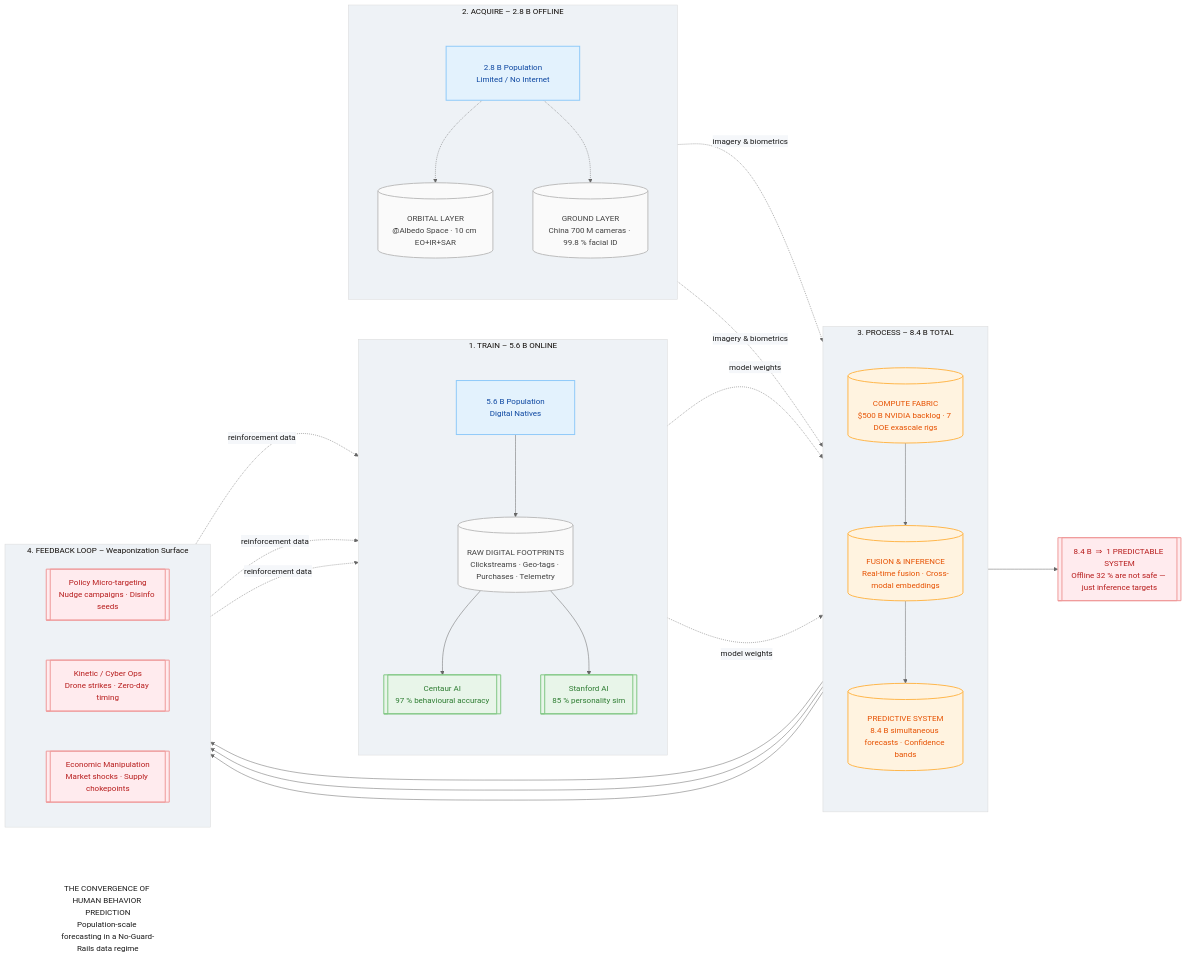
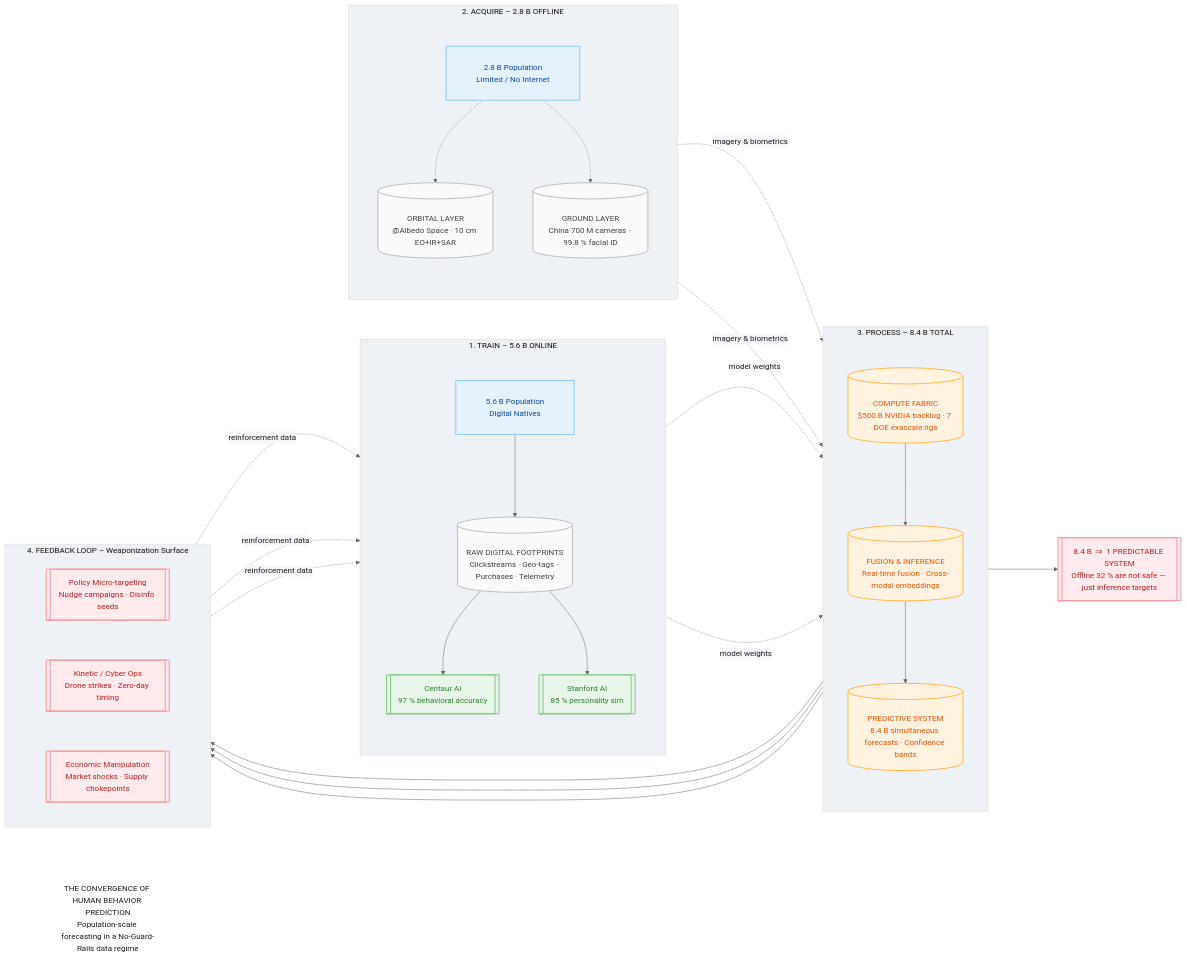
One commit to codethor0/human-behaviour-convergence changed the diagram in diagram/behaviour-convergence.mmd. Above: the diagram before and after it, drawn with Mermaid. The commit also changed 63 other files, not shown here.

```diff
--- a/diagram/behaviour-convergence.mmd
+++ b/diagram/behaviour-convergence.mmd
@@ -1,122 +1,122 @@
 %% ---------- THEME: CLEAN / MODERN ----------
 %%{ init: {
   "fontFamily": "Inter, Roboto, Helvetica, Arial, sans-serif",
   "fontSize": "14px",
   "theme": "base",
   "themeVariables": {
     "primaryColor": "#ffffff",
     "primaryTextColor": "#1a1a1a",
     "primaryBorderColor": "#d0d0d0",
     "lineColor": "#666666",
     "secondaryColor": "#f5f7fa",
     "tertiaryColor": "#eef2f6"
   },
   "flowchart": {
     "nodeSpacing": 80,
     "rankSpacing": 140,
     "curve": "basis",
     "padding": 30,
     "useMaxWidth": true
   }
 } }%%
 
 %% ---------- DIAGRAM ----------
 flowchart LR
     %% ================================================================
     %% 0. TITLE
     %% ================================================================
     TITLE["THE CONVERGENCE OF HUMAN BEHAVIOR PREDICTION
 Population-scale forecasting in a No-Guard-Rails data regime"]
 
     %% ================================================================
     %% 1. TRAIN  (5.6 B ONLINE)
     %% ================================================================
     subgraph TRAIN["1. TRAIN  –  5.6 B ONLINE"]
         direction TB
         A["5.6 B Population\nDigital Natives"]
         B[("RAW DIGITAL FOOTPRINTS
 Clickstreams · Geo-tags · Purchases · Telemetry")]
         C[["Centaur AI
-97 % behavioural accuracy"]]
+97 % behavioral accuracy"]]
         D[["Stanford AI
 85 % personality sim"]]
         A --> B --> C & D
     end
 
     %% ================================================================
     %% 2. ACQUIRE  (2.8 B OFFLINE)
     %% ================================================================
     subgraph ACQUIRE["2. ACQUIRE  –  2.8 B OFFLINE"]
         direction TB
         E["2.8 B Population
 Limited / No Internet"]
         F[("ORBITAL LAYER
 @Albedo Space · 10 cm EO+IR+SAR")]
         G[("GROUND LAYER
 China 700 M cameras · 99.8 % facial ID")]
         E -.-> F
         E -.-> G
     end
 
     %% ================================================================
     %% 3. PROCESS  (8.4 B TOTAL)
     %% ================================================================
     subgraph PROCESS["3. PROCESS  –  8.4 B TOTAL"]
         direction TB
         H[("COMPUTE FABRIC
 $500 B NVIDIA backlog · 7 DOE exascale rigs")]
         I[("FUSION & INFERENCE
 Real-time fusion · Cross-modal embeddings")]
         J[("PREDICTIVE SYSTEM
 8.4 B simultaneous forecasts · Confidence bands")]
         H --> I --> J
     end
 
     %% ================================================================
     %% 4. FEEDBACK
     %% ================================================================
     subgraph FEEDBACK["4. FEEDBACK LOOP  –  Weaponization Surface"]
         direction LR
         K[["Policy Micro-targeting
 Nudge campaigns · Disinfo seeds"]]
         L[["Kinetic / Cyber Ops
 Drone strikes · Zero-day timing"]]
         M[["Economic Manipulation
 Market shocks · Supply chokepoints"]]
     end
 
     %% ================================================================
     %% 5. TAGLINE
     %% ================================================================
     TAG[[8.4 B  ⇒  1 PREDICTABLE SYSTEM
 Offline 32 % are not safe — just inference targets]]
 
     %% ================================================================
     %% EDGES
     %% ================================================================
     C & D -.->|model weights| H
     F & G -.->|imagery & biometrics| H
     J --> K & L & M
     K & L & M -.->|reinforcement data| B
     J --> TAG
 
     %% ================================================================
     %% STYLES
     %% ================================================================
     classDef title     fill:#ffffff,stroke:#ffffff,stroke-width:0,color:#1a1a1a
     classDef population fill:#e3f2fd,stroke:#90caf9,stroke-width:2px,color:#0d47a1
     classDef data       fill:#fafafa,stroke:#bdbdbd,stroke-width:2px,color:#424242
     classDef model      fill:#e8f5e9,stroke:#81c784,stroke-width:2px,color:#2e7d32
     classDef compute    fill:#fff3e0,stroke:#ffb74d,stroke-width:2px,color:#e65100
     classDef feedback   fill:#ffebee,stroke:#ef9a9a,stroke-width:2px,color:#b71c1c
 
     class TITLE title
     class A,E population
         class B,F,G data
         class H,I,J compute
         class C,D model
         class K,L,M feedback
         class TAG feedback
 
                 %% ci: trigger render — no-op comment to force GitHub Actions on diagram change
                 %% ci: touch to trigger PR artifact upload on feat/public-layer
```
